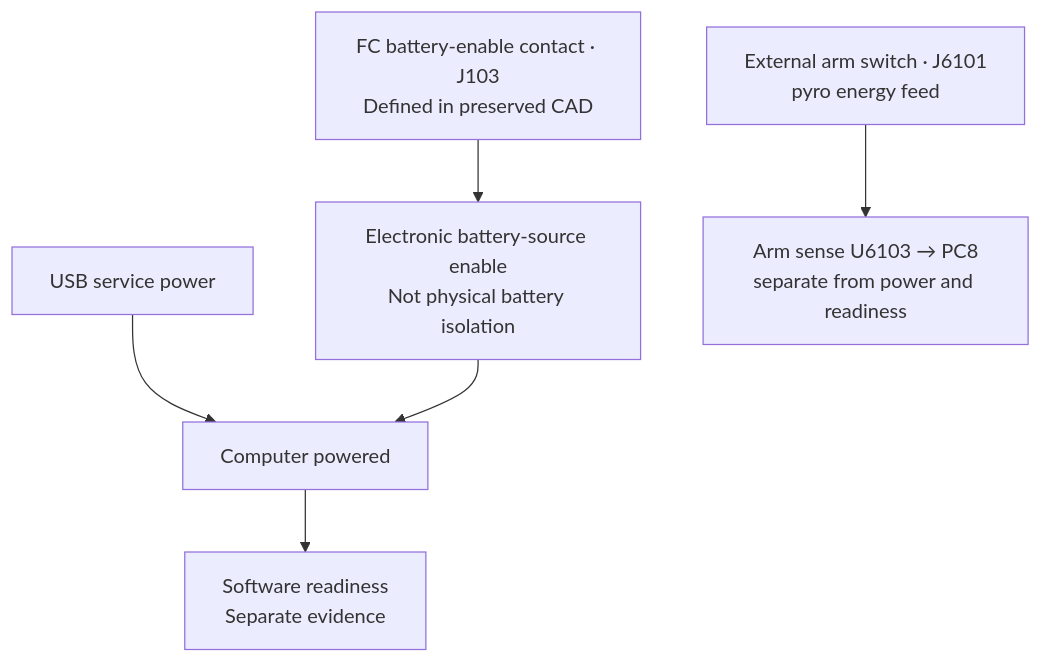
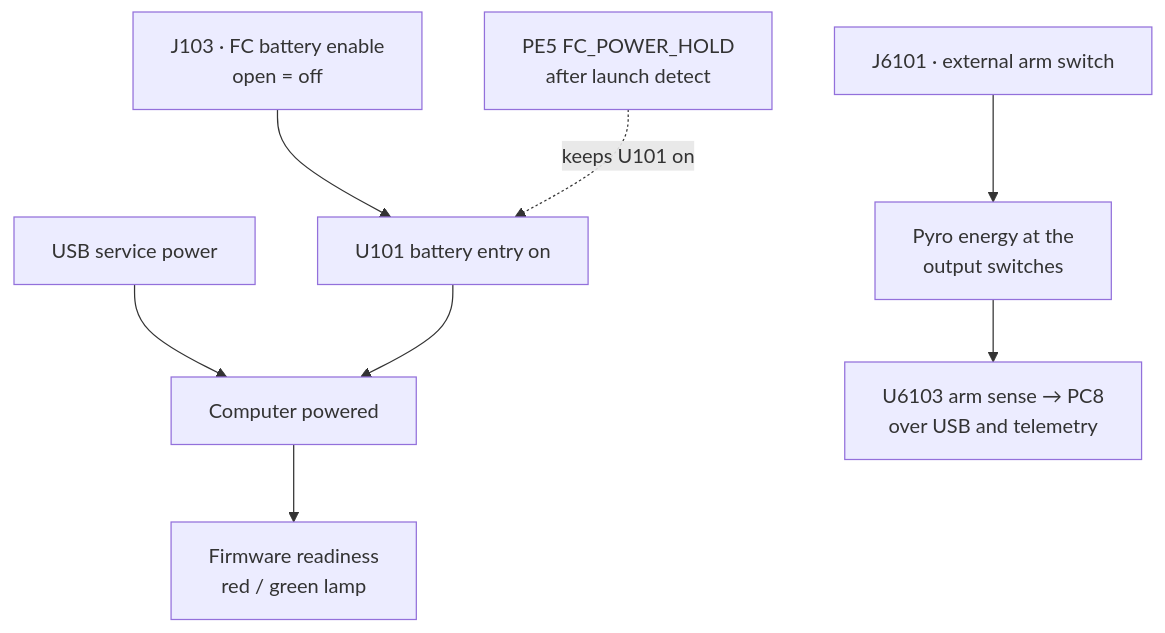
One commit to ULAS-HiPR/Ogma2 changed the diagram in docs/architecture/09-connectors-arming.md. Above: the diagram before and after it, drawn with Mermaid. The commit also changed other lines of this file and 25 other files, not shown here.

````diff
--- a/docs/architecture/09-connectors-arming.md
+++ b/docs/architecture/09-connectors-arming.md
@@ -53,8 +8,15 @@
 ```mermaid
 flowchart TB
-  A["FC battery-enable contact · J103\nDefined in preserved CAD"] --> B["Electronic battery-source enable\nNot physical battery isolation"]
+  A["J103 · FC battery enable
+open = off"] --> B["U101 battery entry on"]
   U["USB service power"] --> C["Computer powered"]
   B --> C
-  C --> D["Software readiness\nSeparate evidence"]
-  E["External arm switch · J6101\npyro energy feed"] --> F["Arm sense U6103 → PC8\nseparate from power and readiness"]
+  HOLD["PE5 FC_POWER_HOLD
+after launch detect"] -.->|"keeps U101 on"| B
+  C --> D["Firmware readiness
+red / green lamp"]
+  E["J6101 · external arm switch"] --> F["Pyro energy at the
+output switches"]
+  F --> S["U6103 arm sense → PC8
+over USB and telemetry"]
 ```
````
